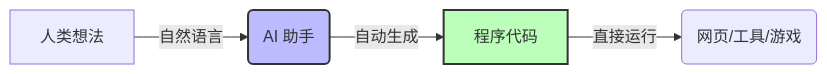
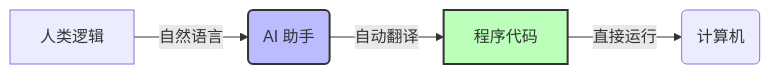
The second of 2 diagrams in docs/nocode.md (ruanqizhen/cocode), drawn with Mermaid before and after one commit. The commit also changed other lines of this file, not shown here.

````diff
--- a/docs/nocode.md
+++ b/docs/nocode.md
@@ -67,9 +35,10 @@
 ```mermaid
 graph LR
-    A[人类想法] -->|自然语言| B(AI 助手)
-    B -->|自动生成| C[程序代码]
-    C -->|直接运行| D(网页/工具/游戏)
+    A[人类逻辑] -->|自然语言| B(AI 助手)
+    B -->|自动翻译| C[程序代码]
+    C -->|直接运行| D(计算机)
 
     style B fill:#bbf,stroke:#333,stroke-width:2px
     style C fill:#bfb,stroke:#333,stroke-width:2px
+
 ```
````
